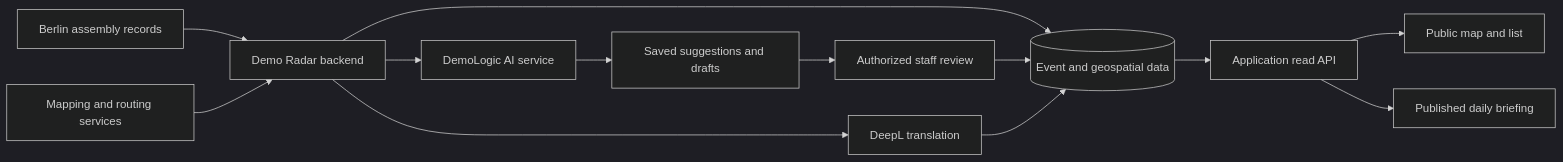
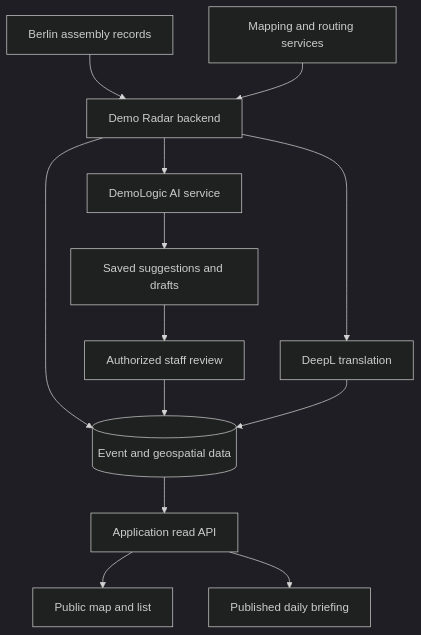
The diagram in docs/architecture.md (demo-radar/demo-radar-saas), drawn with Mermaid (dark theme) before and after one commit. The commit also changed 1 other file, not shown here.

Commit message:
docs: clarify public intent and improve diagram readability

````diff
--- a/docs/architecture.md
+++ b/docs/architecture.md
@@ -8,15 +8,15 @@
 ```mermaid
-flowchart LR
+flowchart TB
     Source[Berlin assembly records] --> Backend[Demo Radar backend]
     Mapping[Mapping and routing services] --> Backend
     Backend --> Data[(Event and geospatial data)]
     Backend --> Logic[DemoLogic AI service]
     Logic --> Saved[Saved suggestions and drafts]
     Saved --> Staff[Authorized staff review]
     Staff --> Data
     Data --> Reads[Application read API]
     Reads --> Map[Public map and list]
     Reads --> Briefing[Published daily briefing]
     Backend --> Translation[DeepL translation]
     Translation --> Data
 ```
````
